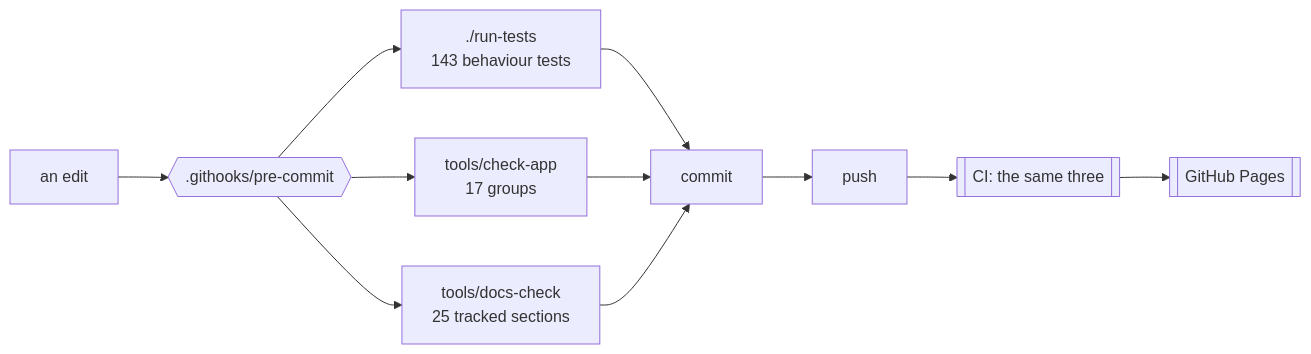
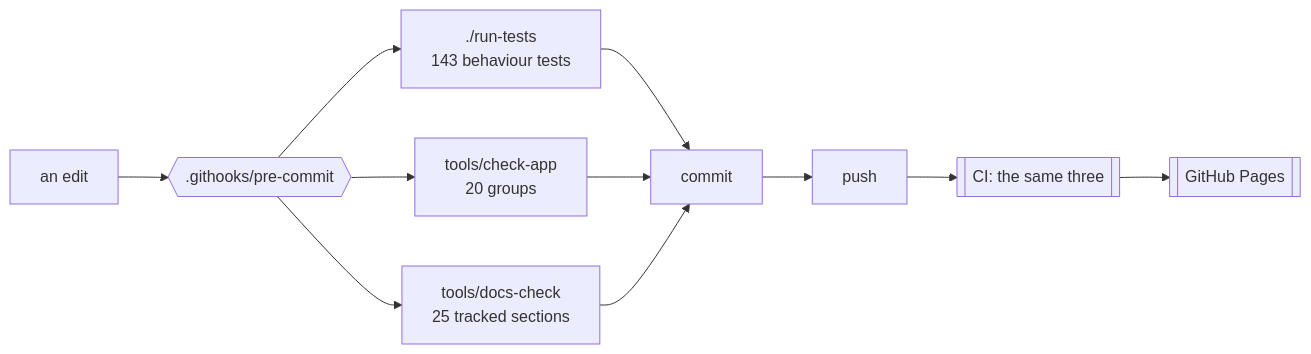
The first of 2 diagrams in docs/DEVELOPING.md (minormending/crystal-pilot-mobile), drawn with Mermaid before and after one commit. The commit also changed other lines of this file and 4 other files, not shown here.

````diff
--- a/docs/DEVELOPING.md
+++ b/docs/DEVELOPING.md
@@ -15,12 +15,12 @@
 ```mermaid
 flowchart LR
     E[an edit] --> H{{".githooks/pre-commit"}}
     H --> T["./run-tests<br/>143 behaviour tests"]
-    H --> C["tools/check-app<br/>17 groups"]
+    H --> C["tools/check-app<br/>20 groups"]
     H --> D["tools/docs-check<br/>25 tracked sections"]
     T --> OK[commit]
     C --> OK
     D --> OK
     OK --> P[push] --> CI[["CI: the same three"]]
     CI --> PG[[GitHub Pages]]
 ```
````
